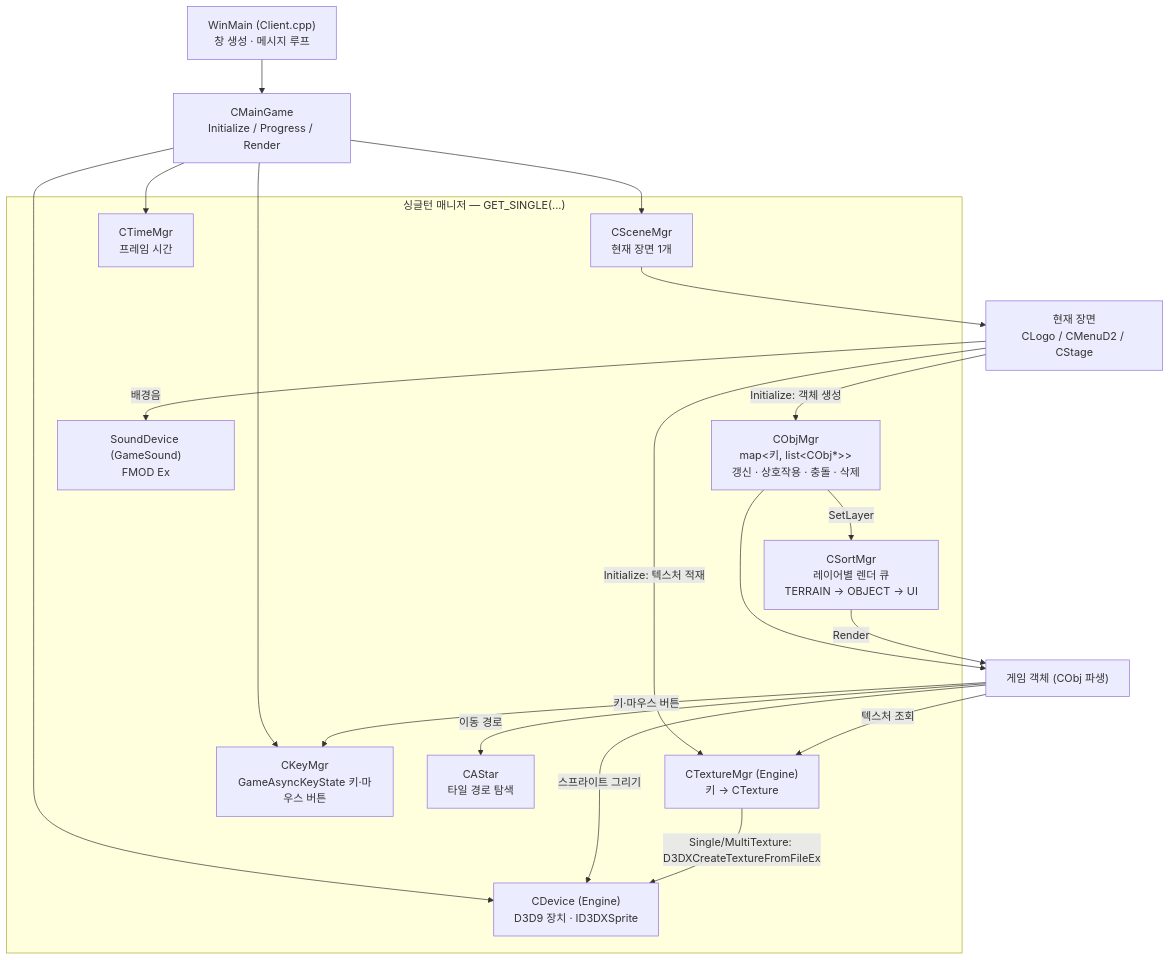
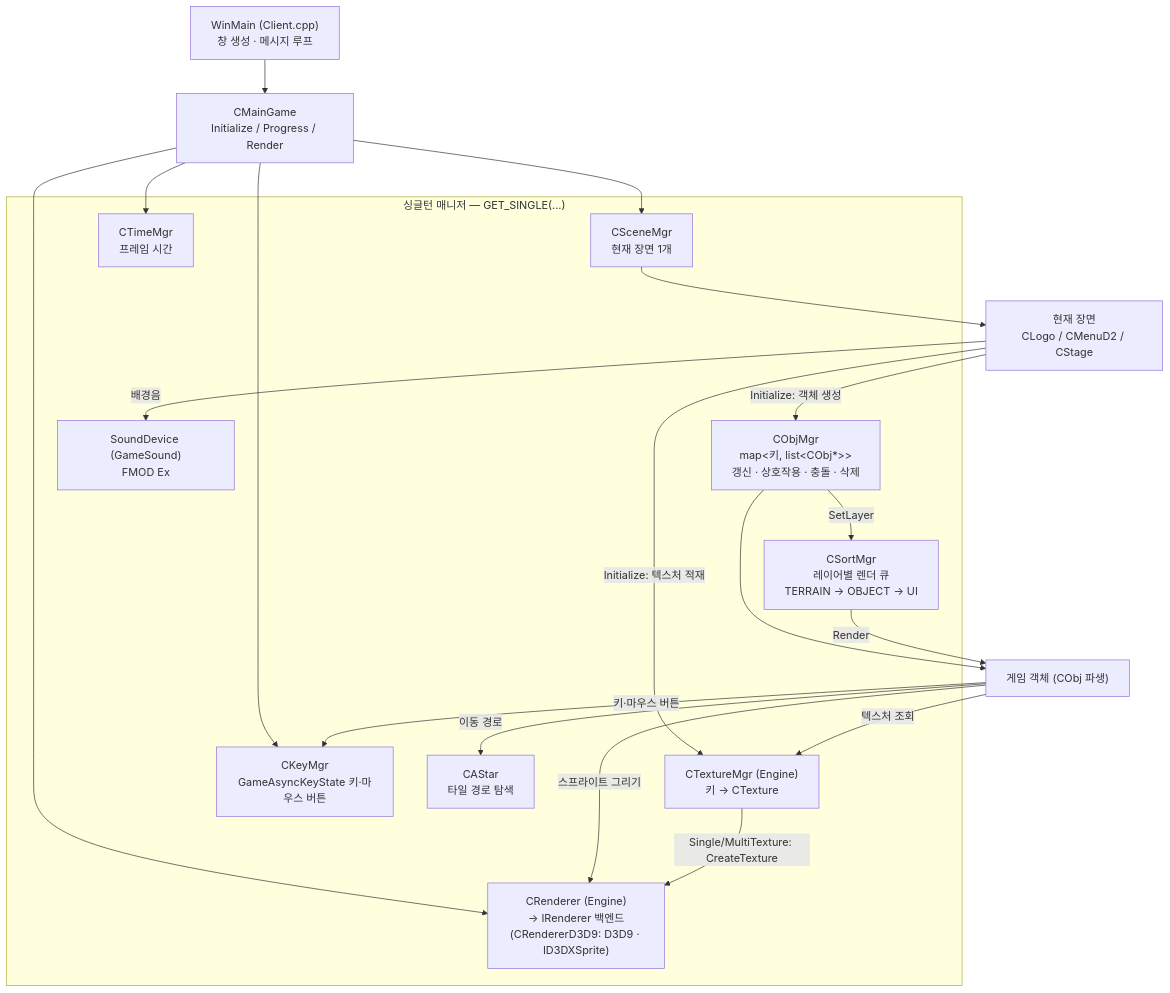
One commit to Ryujaehyeon/Portfolio changed the second of 10 diagrams in docs/ARCHITECTURE.md. Above: the diagram before and after it, drawn with Mermaid. The commit also changed other lines of this file and 2 other files, not shown here.

````diff
--- a/docs/ARCHITECTURE.md
+++ b/docs/ARCHITECTURE.md
@@ -69,32 +69,32 @@
 ```mermaid
 flowchart TB
     WinMain["WinMain (Client.cpp)<br/>창 생성 · 메시지 루프"]
     MainGame["CMainGame<br/>Initialize / Progress / Render"]
     WinMain --> MainGame
 
     subgraph Managers["싱글턴 매니저 — GET_SINGLE(...)"]
         SceneMgr["CSceneMgr<br/>현재 장면 1개"]
         ObjMgr["CObjMgr<br/>map&lt;키, list&lt;CObj*&gt;&gt;<br/>갱신 · 상호작용 · 충돌 · 삭제"]
         SortMgr["CSortMgr<br/>레이어별 렌더 큐<br/>TERRAIN → OBJECT → UI"]
         TexMgr["CTextureMgr (Engine)<br/>키 → CTexture"]
-        Device["CDevice (Engine)<br/>D3D9 장치 · ID3DXSprite"]
+        Device["CRenderer (Engine)<br/>→ IRenderer 백엔드<br/>(CRendererD3D9: D3D9 · ID3DXSprite)"]
         TimeMgr["CTimeMgr<br/>프레임 시간"]
         KeyMgr["CKeyMgr<br/>GameAsyncKeyState 키·마우스 버튼"]
         AStar["CAStar<br/>타일 경로 탐색"]
         Sound["SoundDevice (GameSound)<br/>FMOD Ex"]
     end
 
     MainGame --> KeyMgr & TimeMgr & SceneMgr & Device
     SceneMgr --> Scene["현재 장면<br/>CLogo / CMenuD2 / CStage"]
     Scene -->|Initialize: 텍스처 적재| TexMgr
     Scene -->|Initialize: 객체 생성| ObjMgr
     Scene -->|배경음| Sound
     ObjMgr --> Objects["게임 객체 (CObj 파생)"]
     ObjMgr -->|SetLayer| SortMgr
     SortMgr -->|Render| Objects
     Objects -->|텍스처 조회| TexMgr
     Objects -->|스프라이트 그리기| Device
     Objects -->|키·마우스 버튼| KeyMgr
     Objects -->|이동 경로| AStar
-    TexMgr -->|"Single/MultiTexture: D3DXCreateTextureFromFileEx"| Device
+    TexMgr -->|"Single/MultiTexture: CreateTexture"| Device
 ```
````
